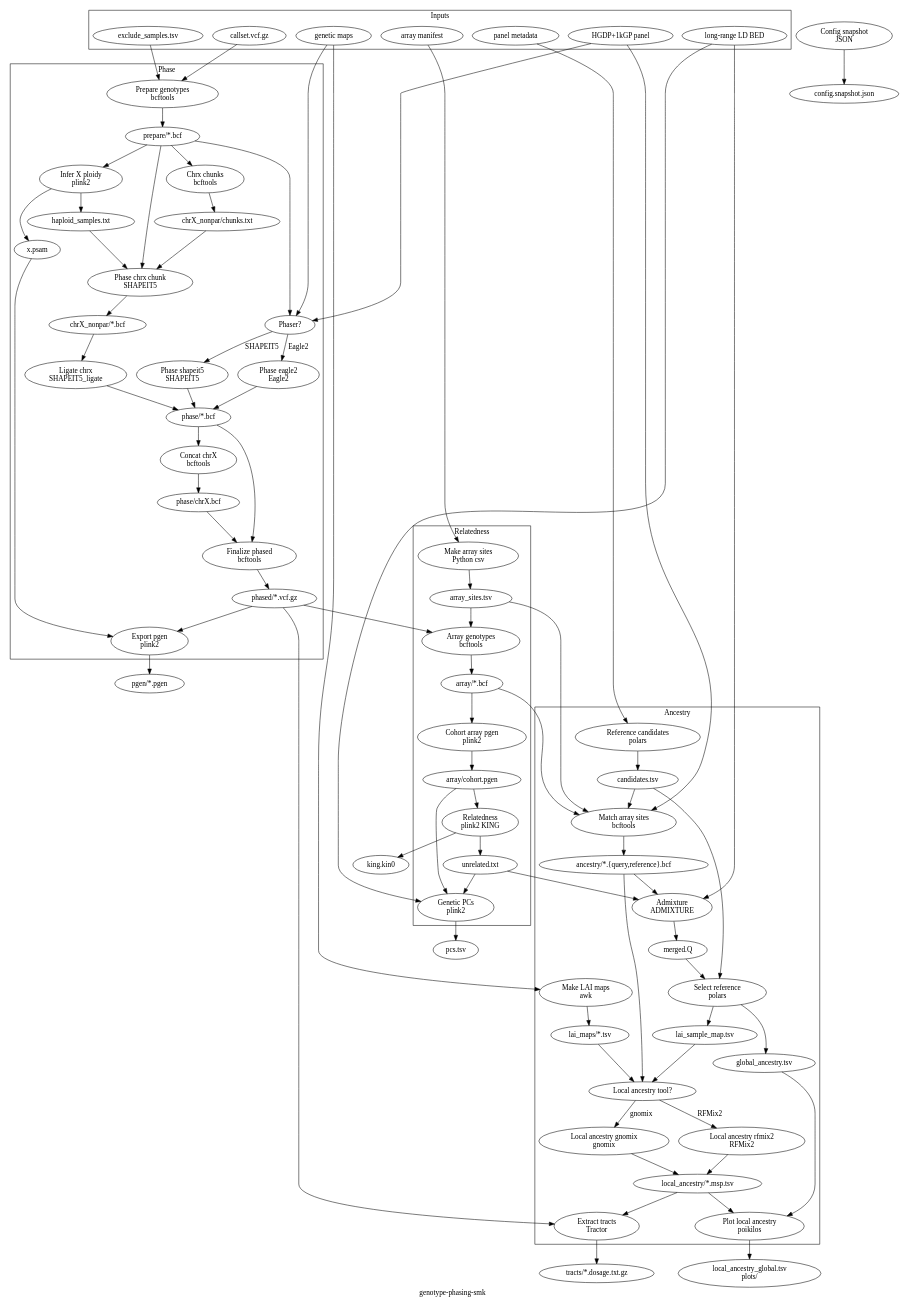
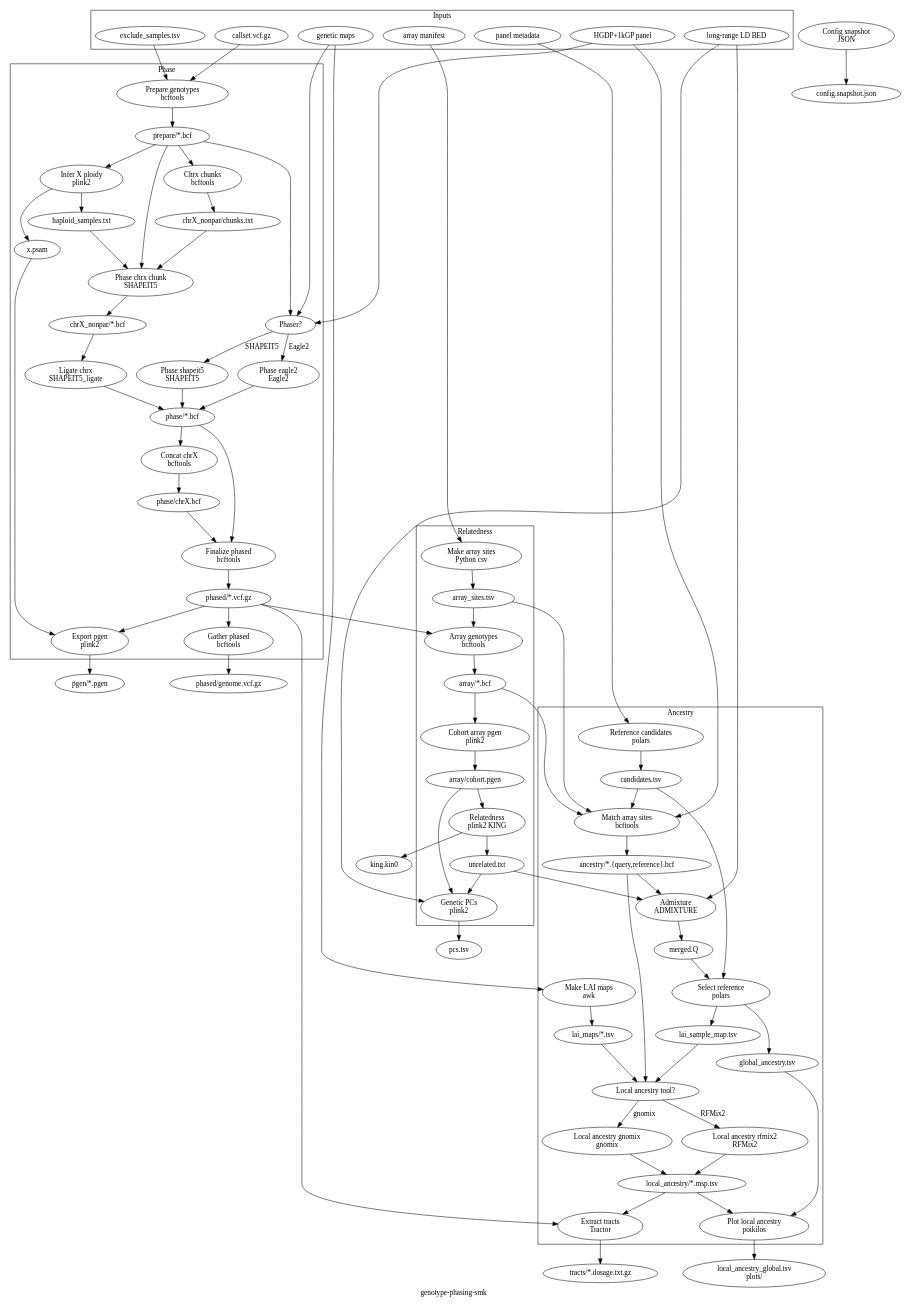
Before and after one commit to ramirc0/genotype-phasing-smk: the diagram in docs/workflow.gv, drawn with Graphviz. The commit also changed 11 other files, not shown here.

Commit message:
Gather the phased chromosomes into one genome-wide VCF

```diff
--- a/docs/workflow.gv
+++ b/docs/workflow.gv
@@ -1,155 +1,158 @@
 // genotype-phasing-smk rule graph. Structure only; the style adds every visual.
 // Render: just -f ~/.claude/skills/graphviz-dot-theme/justfile render workflow.gv snakemake {TB,LR} {png,svg} files
 digraph workflow {
   label = "genotype-phasing-smk"
 
   subgraph cluster_inputs {
     label = "Inputs"
     callset  [class = data, label = "callset.vcf.gz"]
     exclude  [class = data, label = "exclude_samples.tsv"]
     panel    [class = data, label = "HGDP+1kGP panel"]
     maps     [class = data, label = "genetic maps"]
     manifest [class = data, label = "array manifest"]
     ld       [class = data, label = "long-range LD BED"]
     metadata [class = data, label = "panel metadata"]
   }
 
   subgraph cluster_phase {
     label = "Phase"
     prepare_genotypes [class = step, label = "Prepare genotypes\nbcftools"]
     infer_x_ploidy    [class = step, label = "Infer X ploidy\nplink2"]
     which_phaser      [class = decision, label = "Phaser?"]
     phase_shapeit5    [class = step, label = "Phase shapeit5\nSHAPEIT5"]
     phase_eagle2      [class = step, label = "Phase eagle2\nEagle2"]
     chrx_chunks       [class = step, label = "Chrx chunks\nbcftools"]
     phase_chrx_chunk  [class = step, label = "Phase chrx chunk\nSHAPEIT5"]
     ligate_chrx       [class = step, label = "Ligate chrx\nSHAPEIT5_ligate"]
     chunk_spans       [class = data, label = "chrX_nonpar/chunks.txt"]
     chunk_bcf         [class = data, label = "chrX_nonpar/*.bcf"]
     concat_chrx       [class = step, label = "Concat chrX\nbcftools"]
     finalize_phased   [class = step, label = "Finalize phased\nbcftools"]
     export_pgen       [class = step, label = "Export pgen\nplink2"]
+    gather_phased     [class = step, label = "Gather phased\nbcftools"]
     prepared          [class = data, label = "prepare/*.bcf"]
     haploids          [class = data, label = "haploid_samples.txt"]
     x_psam            [class = data, label = "x.psam"]
     phased_regions    [class = data, label = "phase/*.bcf"]
     phased_chrx       [class = data, label = "phase/chrX.bcf"]
     phased            [class = data, label = "phased/*.vcf.gz"]
   }
 
   subgraph cluster_relatedness {
     label = "Relatedness"
     make_array_sites  [class = step, label = "Make array sites\nPython csv"]
     array_genotypes   [class = step, label = "Array genotypes\nbcftools"]
     cohort_array_pgen [class = step, label = "Cohort array pgen\nplink2"]
     relatedness       [class = step, label = "Relatedness\nplink2 KING"]
     genetic_pcs       [class = step, label = "Genetic PCs\nplink2"]
     array_sites       [class = data, label = "array_sites.tsv"]
     array_bcf         [class = data, label = "array/*.bcf"]
     cohort_pgen       [class = data, label = "array/cohort.pgen"]
     unrelated         [class = data, label = "unrelated.txt"]
   }
 
   subgraph cluster_ancestry {
     label = "Ancestry"
     reference_candidates  [class = step, label = "Reference candidates\npolars"]
     match_array_sites     [class = step, label = "Match array sites\nbcftools"]
     make_lai_maps         [class = step, label = "Make LAI maps\nawk"]
     admixture             [class = step, label = "Admixture\nADMIXTURE"]
     select_reference      [class = step, label = "Select reference\npolars"]
     which_tool            [class = decision, label = "Local ancestry tool?"]
     local_ancestry_rfmix2 [class = step, label = "Local ancestry rfmix2\nRFMix2"]
     local_ancestry_gnomix [class = step, label = "Local ancestry gnomix\ngnomix"]
     extract_tracts        [class = step, label = "Extract tracts\nTractor"]
     plot_local_ancestry   [class = step, label = "Plot local ancestry\npoikilos"]
     candidates            [class = data, label = "candidates.tsv"]
     matched               [class = data, label = "ancestry/*.{query,reference}.bcf"]
     lai_maps              [class = data, label = "lai_maps/*.tsv"]
     admixture_q           [class = data, label = "merged.Q"]
     sample_map            [class = data, label = "lai_sample_map.tsv"]
     global_ancestry       [class = data, label = "global_ancestry.tsv"]
     msp                   [class = data, label = "local_ancestry/*.msp.tsv"]
   }
 
   config_snapshot [class = step, label = "Config snapshot\nJSON"]
 
   snapshot_json [class = result, label = "config.snapshot.json"]
   pgen          [class = result, label = "pgen/*.pgen"]
+  genome_vcf    [class = result, label = "phased/genome.vcf.gz"]
   kin0          [class = result, label = "king.kin0"]
   pcs           [class = result, label = "pcs.tsv"]
   tracts        [class = result, label = "tracts/*.dosage.txt.gz"]
   lai_global    [class = result, label = "local_ancestry_global.tsv\nplots/"]
 
   config_snapshot -> snapshot_json
 
   callset -> prepare_genotypes
   exclude -> prepare_genotypes
   prepare_genotypes -> prepared
   prepared -> infer_x_ploidy
   infer_x_ploidy -> haploids
   infer_x_ploidy -> x_psam
   prepared -> which_phaser
   which_phaser -> phase_shapeit5 [label = "SHAPEIT5"]
   which_phaser -> phase_eagle2 [label = "Eagle2"]
   prepared -> chrx_chunks -> chunk_spans
   chunk_spans -> phase_chrx_chunk
   prepared -> phase_chrx_chunk
   haploids -> phase_chrx_chunk
   phase_chrx_chunk -> chunk_bcf
   chunk_bcf -> ligate_chrx
   ligate_chrx -> phased_regions
   panel -> which_phaser
   maps -> which_phaser
   phase_shapeit5 -> phased_regions
   phase_eagle2 -> phased_regions
   phased_regions -> concat_chrx
   concat_chrx -> phased_chrx
   phased_chrx -> finalize_phased
   phased_regions -> finalize_phased
   finalize_phased -> phased
   phased -> export_pgen
   x_psam -> export_pgen
   export_pgen -> pgen
+  phased -> gather_phased -> genome_vcf
 
   manifest -> make_array_sites -> array_sites
   phased -> array_genotypes
   array_sites -> array_genotypes
   array_genotypes -> array_bcf
   array_bcf -> cohort_array_pgen -> cohort_pgen
   cohort_pgen -> relatedness
   relatedness -> kin0
   relatedness -> unrelated
   cohort_pgen -> genetic_pcs
   unrelated -> genetic_pcs
   ld -> genetic_pcs
   genetic_pcs -> pcs
 
   metadata -> reference_candidates -> candidates
   array_bcf -> match_array_sites
   array_sites -> match_array_sites
   candidates -> match_array_sites
   panel -> match_array_sites
   match_array_sites -> matched
   maps -> make_lai_maps -> lai_maps
   matched -> admixture
   unrelated -> admixture
   ld -> admixture
   admixture -> admixture_q
   admixture_q -> select_reference
   candidates -> select_reference
   select_reference -> sample_map
   select_reference -> global_ancestry
   matched -> which_tool
   sample_map -> which_tool
   lai_maps -> which_tool
   which_tool -> local_ancestry_rfmix2 [label = "RFMix2"]
   which_tool -> local_ancestry_gnomix [label = "gnomix"]
   local_ancestry_rfmix2 -> msp
   local_ancestry_gnomix -> msp
   phased -> extract_tracts
   msp -> extract_tracts
   extract_tracts -> tracts
   msp -> plot_local_ancestry
   global_ancestry -> plot_local_ancestry
   plot_local_ancestry -> lai_global
 }
```
